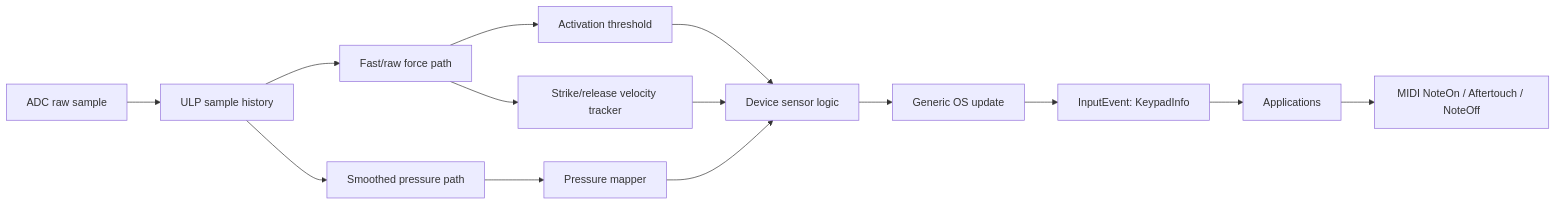
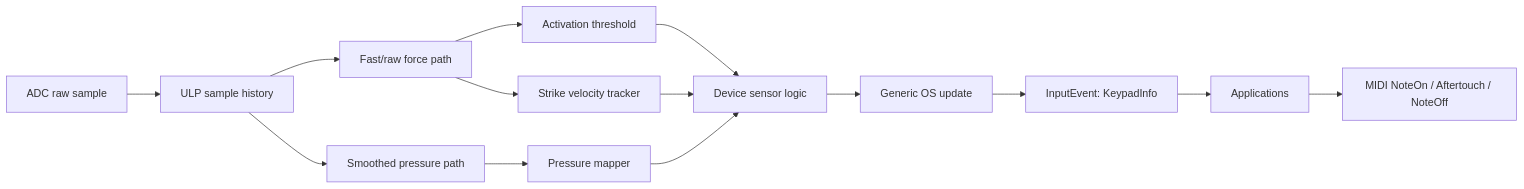
One commit to 203-Systems/MatrixOS changed the diagram in docs/strike-velocity-pipeline-plan.md. Above: the diagram before and after it, drawn with Mermaid. The commit also changed other lines of this file and 5 other files, not shown here.

````diff
--- a/docs/strike-velocity-pipeline-plan.md
+++ b/docs/strike-velocity-pipeline-plan.md
@@ -29,16 +29,16 @@
 ```mermaid
 flowchart LR
   adc[ADC raw sample] --> history[ULP sample history]
   history --> fast[Fast/raw force path]
   history --> smooth[Smoothed pressure path]
   fast --> threshold[Activation threshold]
-  fast --> vel[Strike/release velocity tracker]
+  fast --> vel[Strike velocity tracker]
   smooth --> pressure[Pressure mapper]
   threshold --> state[Device sensor logic]
   vel --> state
   pressure --> state
   state --> generic[Generic OS update]
   generic --> event[InputEvent: KeypadInfo]
   event --> app[Applications]
   app --> midi[MIDI NoteOn / Aftertouch / NoteOff]
 ```
````
